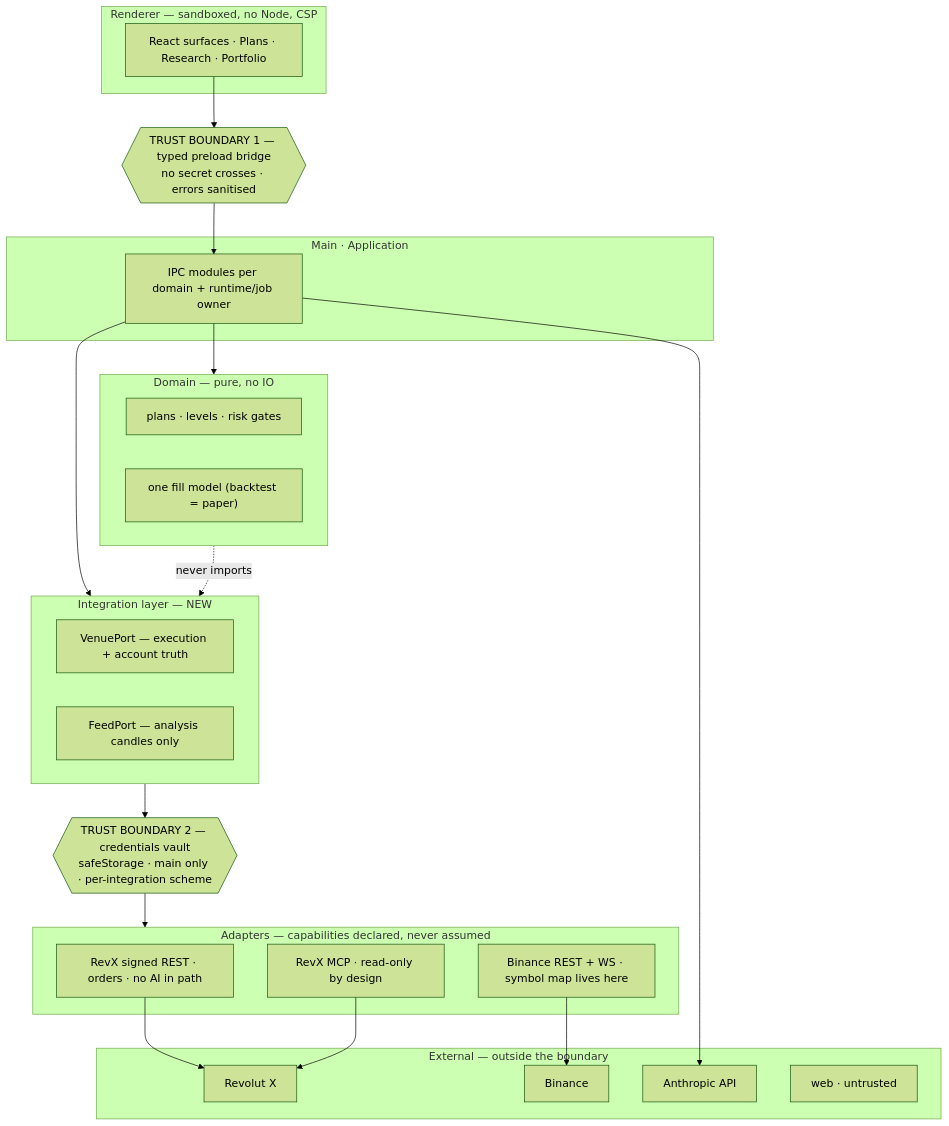
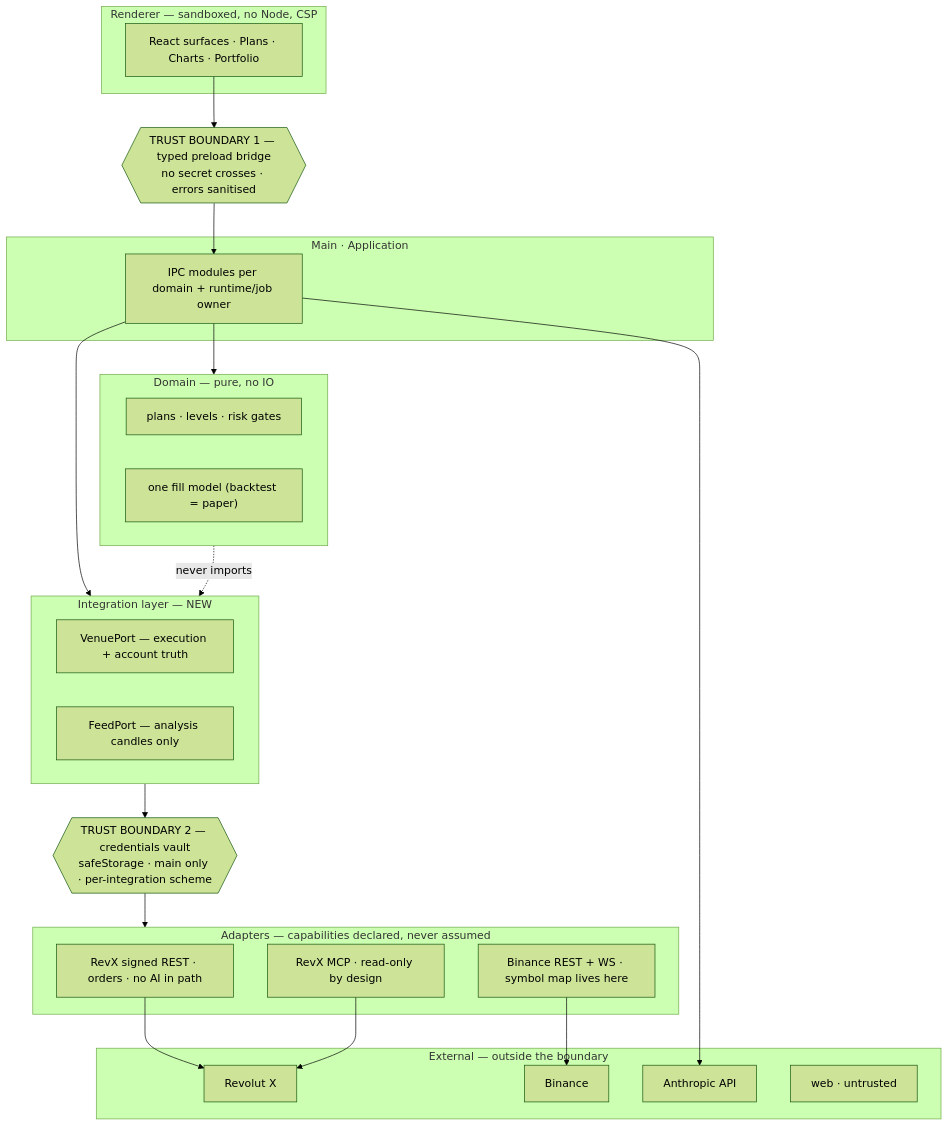
Before and after one commit to 0ByteBlitz/modern-vyapari: the diagram in docs/ARCHITECTURE.md, drawn with Mermaid (forest theme). The commit also changed other lines of this file and 14 other files, not shown here.

Commit message:
fix(ui): archived rail rows read quieter; the session chart tab is "Charts" (#72)

````diff
--- a/docs/ARCHITECTURE.md
+++ b/docs/ARCHITECTURE.md
@@ -277,38 +277,38 @@
 ```mermaid
 flowchart TB
   subgraph R["Renderer — sandboxed, no Node, CSP"]
-    UI["React surfaces · Plans · Research · Portfolio"]
+    UI["React surfaces · Plans · Charts · Portfolio"]
   end
   B1{{"TRUST BOUNDARY 1 — typed preload bridge<br/>no secret crosses · errors sanitised"}}
   subgraph APP["Main · Application"]
     IPC["IPC modules per domain + runtime/job owner"]
   end
   subgraph DOM["Domain — pure, no IO"]
     D1["plans · levels · risk gates"]
     D2["one fill model (backtest = paper)"]
   end
   subgraph INT["Integration layer — NEW"]
     VP["VenuePort — execution + account truth"]
     FP["FeedPort — analysis candles only"]
   end
   B2{{"TRUST BOUNDARY 2 — credentials vault<br/>safeStorage · main only · per-integration scheme"}}
   subgraph AD["Adapters — capabilities declared, never assumed"]
     A1["RevX signed REST · orders · no AI in path"]
     A2["RevX MCP · read-only by design"]
     A3["Binance REST + WS · symbol map lives here"]
   end
   subgraph EXT["External — outside the boundary"]
     E1["Revolut X"]
     E2["Binance"]
     E3["Anthropic API"]
     E4["web · untrusted"]
   end
   UI --> B1 --> IPC --> DOM
   IPC --> INT
   DOM -.->|"never imports"| INT
   INT --> B2 --> AD
   A1 --> E1
   A2 --> E1
   A3 --> E2
   IPC --> E3
 ```
````
